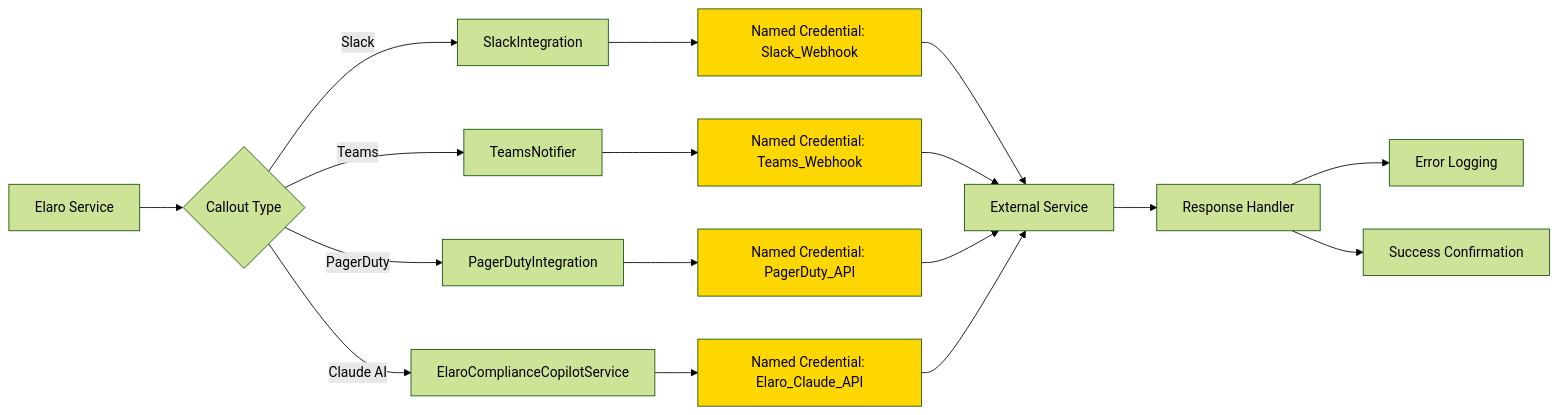
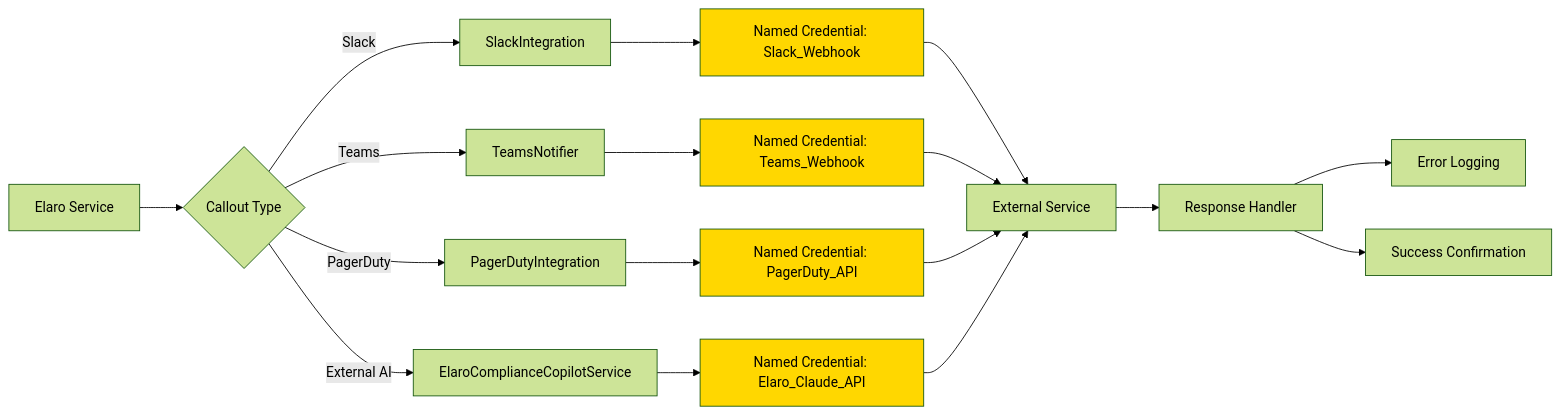
The third of 6 diagrams in docs/developer/DATA_FLOWS.md (derickporter1993/Elaro), drawn with Mermaid (forest theme) before and after one commit. The commit also changed other lines of this file and 335 other files, not shown here.

````diff
--- a/docs/developer/DATA_FLOWS.md
+++ b/docs/developer/DATA_FLOWS.md
@@ -89,27 +89,27 @@
 ```mermaid
 graph LR
     A[Elaro Service] --> B{Callout Type}
     B -->|Slack| C[SlackIntegration]
     B -->|Teams| D[TeamsNotifier]
     B -->|PagerDuty| E[PagerDutyIntegration]
-    B -->|Claude AI| F[ElaroComplianceCopilotService]
+    B -->|External AI| F[ElaroComplianceCopilotService]
 
     C --> G[Named Credential: Slack_Webhook]
     D --> H[Named Credential: Teams_Webhook]
     E --> I[Named Credential: PagerDuty_API]
     F --> J[Named Credential: Elaro_Claude_API]
 
     G --> K[External Service]
     H --> K
     I --> K
     J --> K
 
     K --> L[Response Handler]
     L --> M[Error Logging]
     L --> N[Success Confirmation]
 
     style G fill:#FFD700
     style H fill:#FFD700
     style I fill:#FFD700
     style J fill:#FFD700
 ```
````
